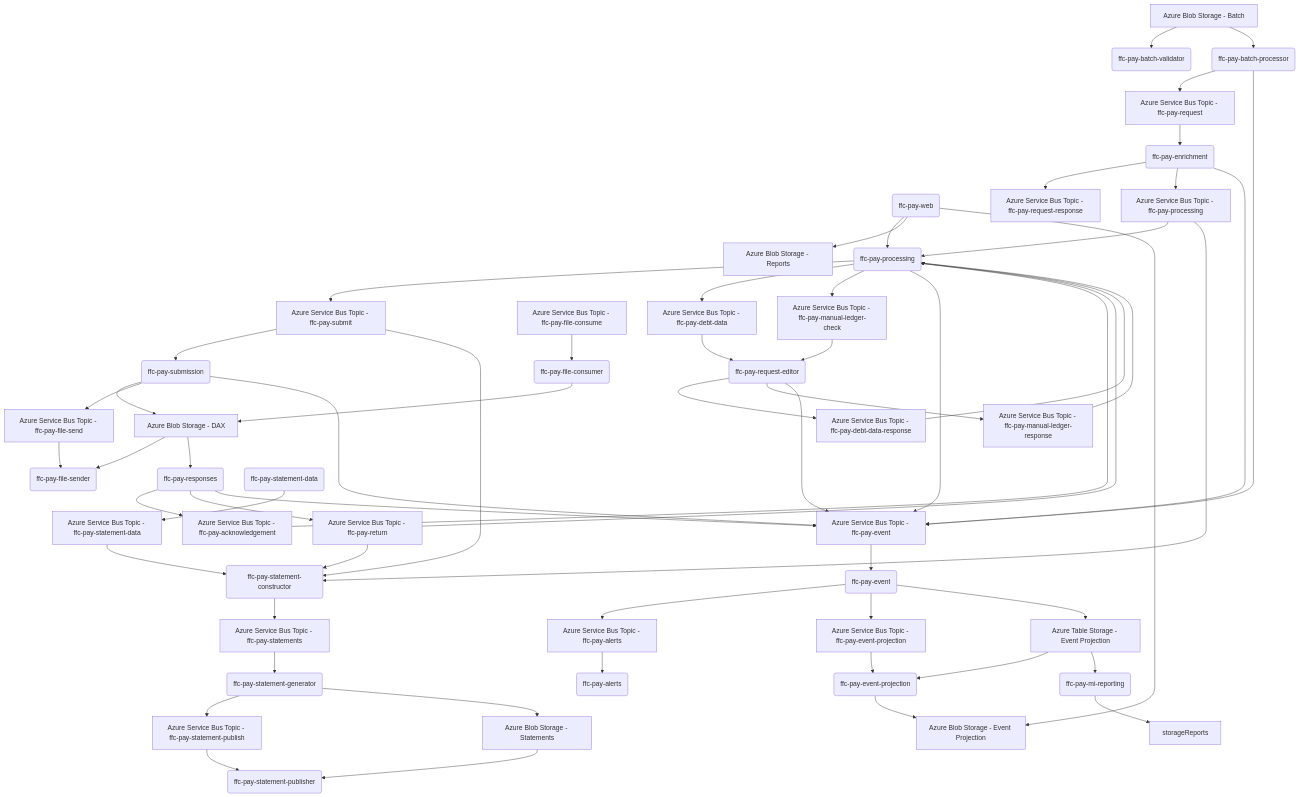
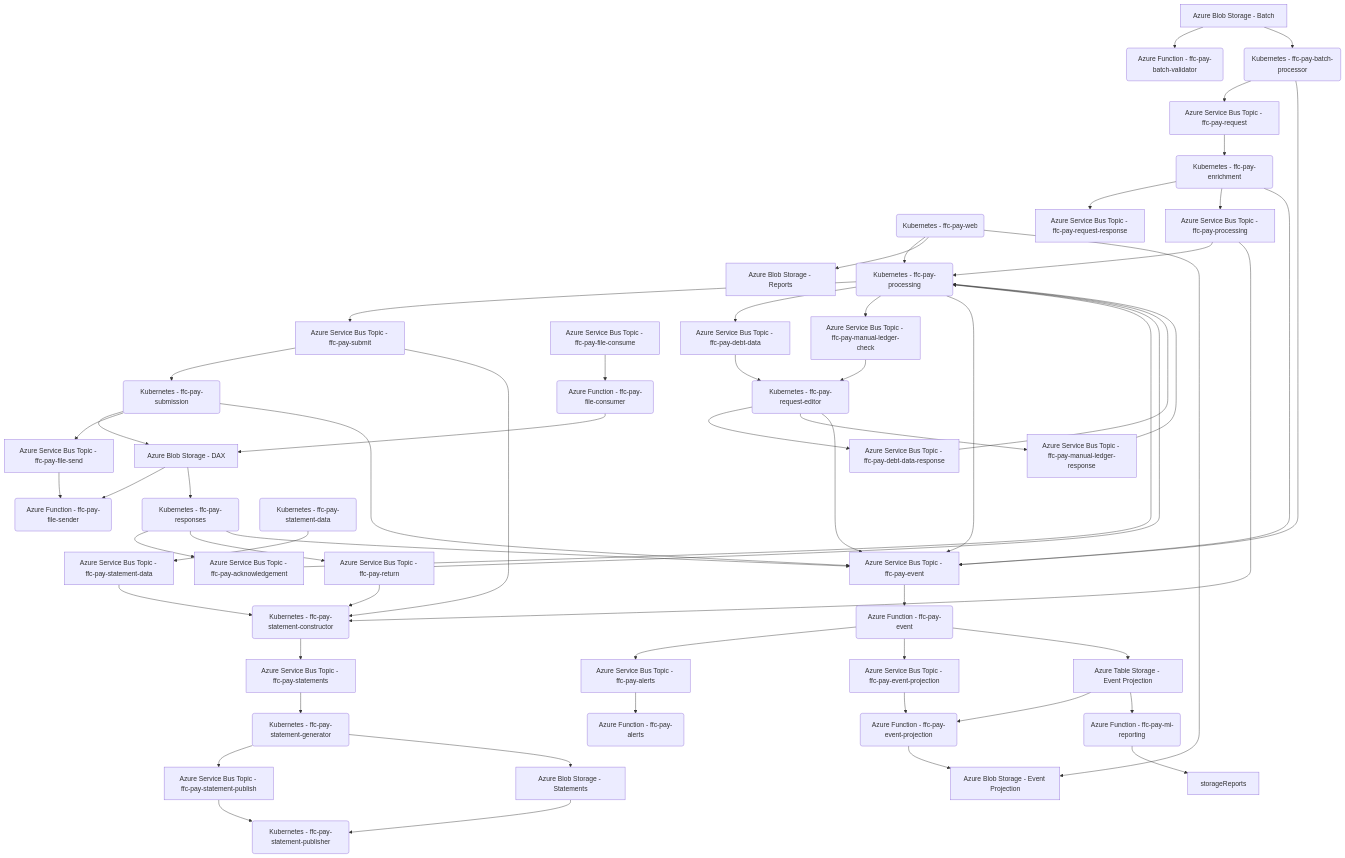
One commit to DEFRA/ffc-pay-core changed the diagram in README.md. Above: the diagram before and after it, drawn with Mermaid.

Commit message:
Update sequence

````diff
--- a/README.md
+++ b/README.md
@@ -36,25 +36,25 @@
 ```mermaid
 flowchart
-ffc-pay-batch-validator(ffc-pay-batch-validator)
-ffc-pay-batch-processor(ffc-pay-batch-processor)
-ffc-pay-enrichment(ffc-pay-enrichment)
-ffc-pay-processing(ffc-pay-processing)
-ffc-pay-submission(ffc-pay-submission)
-ffc-pay-responses(ffc-pay-responses)
-ffc-pay-request-editor(ffc-pay-request-editor)
-ffc-pay-web(ffc-pay-web)
-ffc-pay-file-sender(ffc-pay-file-sender)
-ffc-pay-file-consumer(ffc-pay-file-consumer)
+ffc-pay-batch-validator(Azure Function - ffc-pay-batch-validator)
+ffc-pay-batch-processor(Kubernetes - ffc-pay-batch-processor)
+ffc-pay-enrichment(Kubernetes - ffc-pay-enrichment)
+ffc-pay-processing(Kubernetes - ffc-pay-processing)
+ffc-pay-submission(Kubernetes - ffc-pay-submission)
+ffc-pay-responses(Kubernetes - ffc-pay-responses)
+ffc-pay-request-editor(Kubernetes - ffc-pay-request-editor)
+ffc-pay-web(Kubernetes - ffc-pay-web)
+ffc-pay-file-sender(Azure Function - ffc-pay-file-sender)
+ffc-pay-file-consumer(Azure Function - ffc-pay-file-consumer)
 
-ffc-pay-event(ffc-pay-event)
-ffc-pay-event-projection(ffc-pay-event-projection)
-ffc-pay-alerts(ffc-pay-alerts)
-ffc-pay-mi-reporting(ffc-pay-mi-reporting)
+ffc-pay-event(Azure Function - ffc-pay-event)
+ffc-pay-event-projection(Azure Function - ffc-pay-event-projection)
+ffc-pay-alerts(Azure Function - ffc-pay-alerts)
+ffc-pay-mi-reporting(Azure Function - ffc-pay-mi-reporting)
 
-ffc-pay-statement-data(ffc-pay-statement-data)
-ffc-pay-statement-constructor(ffc-pay-statement-constructor)
-ffc-pay-statement-generator(ffc-pay-statement-generator)
-ffc-pay-statement-publisher(ffc-pay-statement-publisher)
+ffc-pay-statement-data(Kubernetes - ffc-pay-statement-data)
+ffc-pay-statement-constructor(Kubernetes - ffc-pay-statement-constructor)
+ffc-pay-statement-generator(Kubernetes - ffc-pay-statement-generator)
+ffc-pay-statement-publisher(Kubernetes - ffc-pay-statement-publisher)
 
 storageBatch[Azure Blob Storage - Batch]
 storageDAX[Azure Blob Storage - DAX]
````
